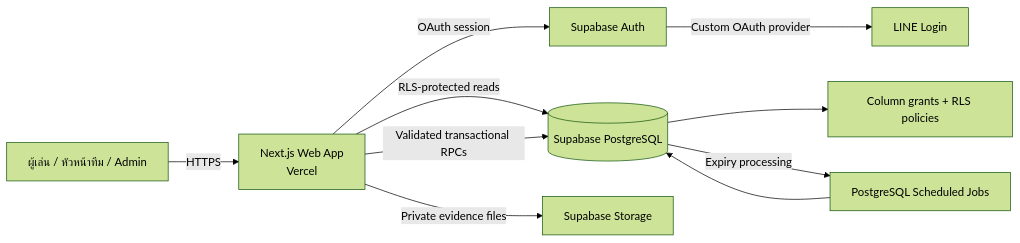
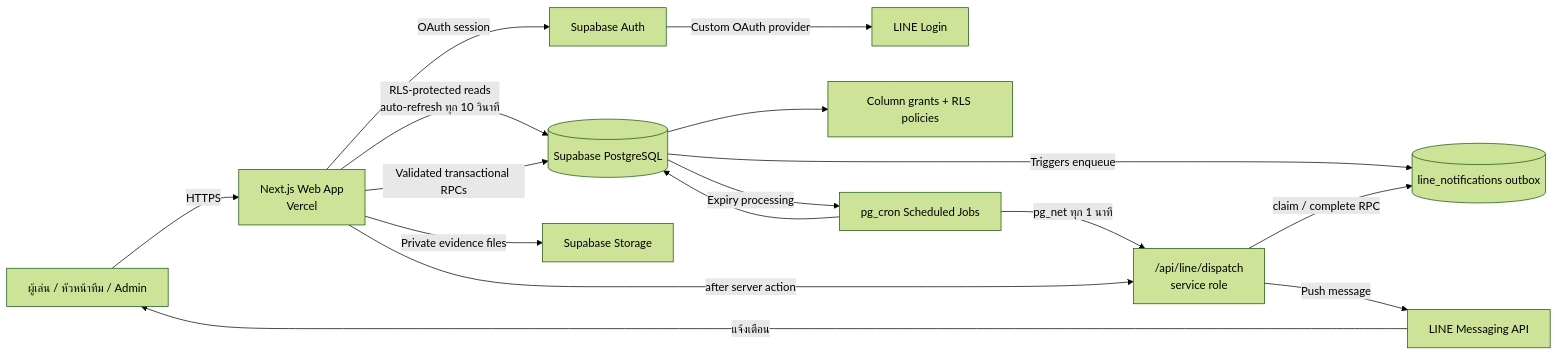
Before and after one commit to Nokpednam/MeQ-web-app: the diagram in docs/diagrams/system-architecture.mmd, drawn with Mermaid (forest theme). The commit also changed 20 other files, not shown here.

First line of the commit message:
docs: update diagrams for LINE notifications, maintenance history, and onboarding

```diff
--- a/docs/diagrams/system-architecture.mmd
+++ b/docs/diagrams/system-architecture.mmd
@@ -1,10 +1,16 @@
 flowchart LR
   U[ผู้เล่น / หัวหน้าทีม / Admin] -->|HTTPS| W[Next.js Web App\nVercel]
   W -->|OAuth session| A[Supabase Auth]
   A -->|Custom OAuth provider| L[LINE Login]
-  W -->|RLS-protected reads| S[(Supabase PostgreSQL)]
+  W -->|RLS-protected reads\nauto-refresh ทุก 10 วินาที| S[(Supabase PostgreSQL)]
   W -->|Validated transactional RPCs| S
   W -->|Private evidence files| ST[Supabase Storage]
   S --> P[Column grants + RLS policies]
-  S -->|Expiry processing| C[PostgreSQL Scheduled Jobs]
+  S -->|Expiry processing| C[pg_cron Scheduled Jobs]
   C --> S
+  S -->|Triggers enqueue| O[(line_notifications outbox)]
+  C -->|pg_net ทุก 1 นาที| D["/api/line/dispatch<br/>service role"]
+  W -->|after server action| D
+  D -->|claim / complete RPC| O
+  D -->|Push message| M[LINE Messaging API]
+  M -->|แจ้งเตือน| U
```
